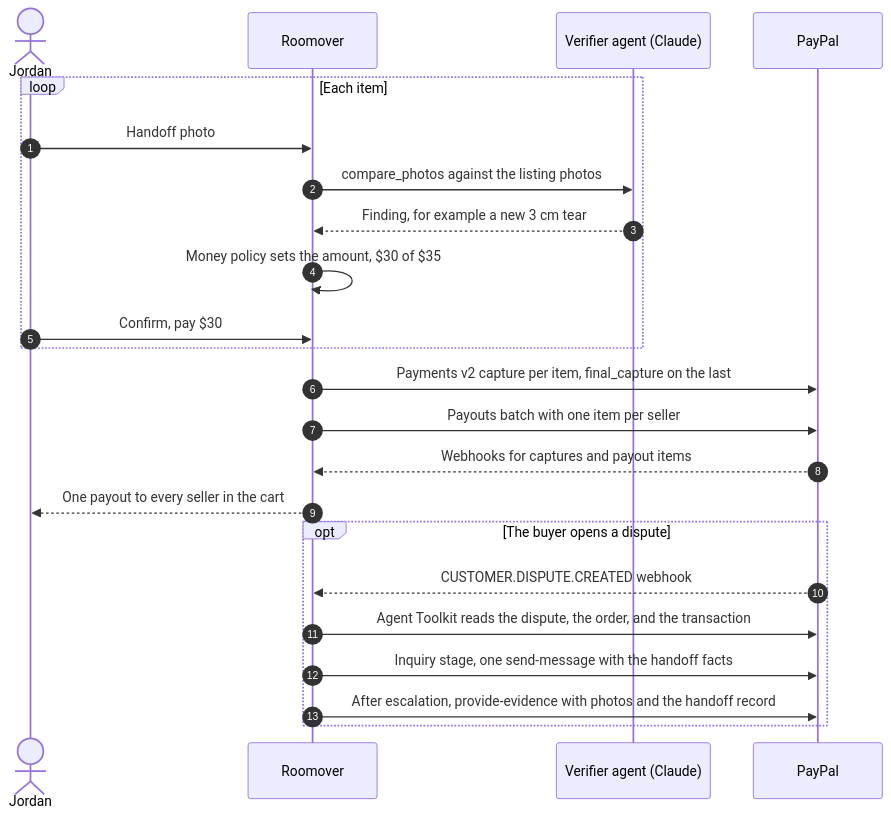
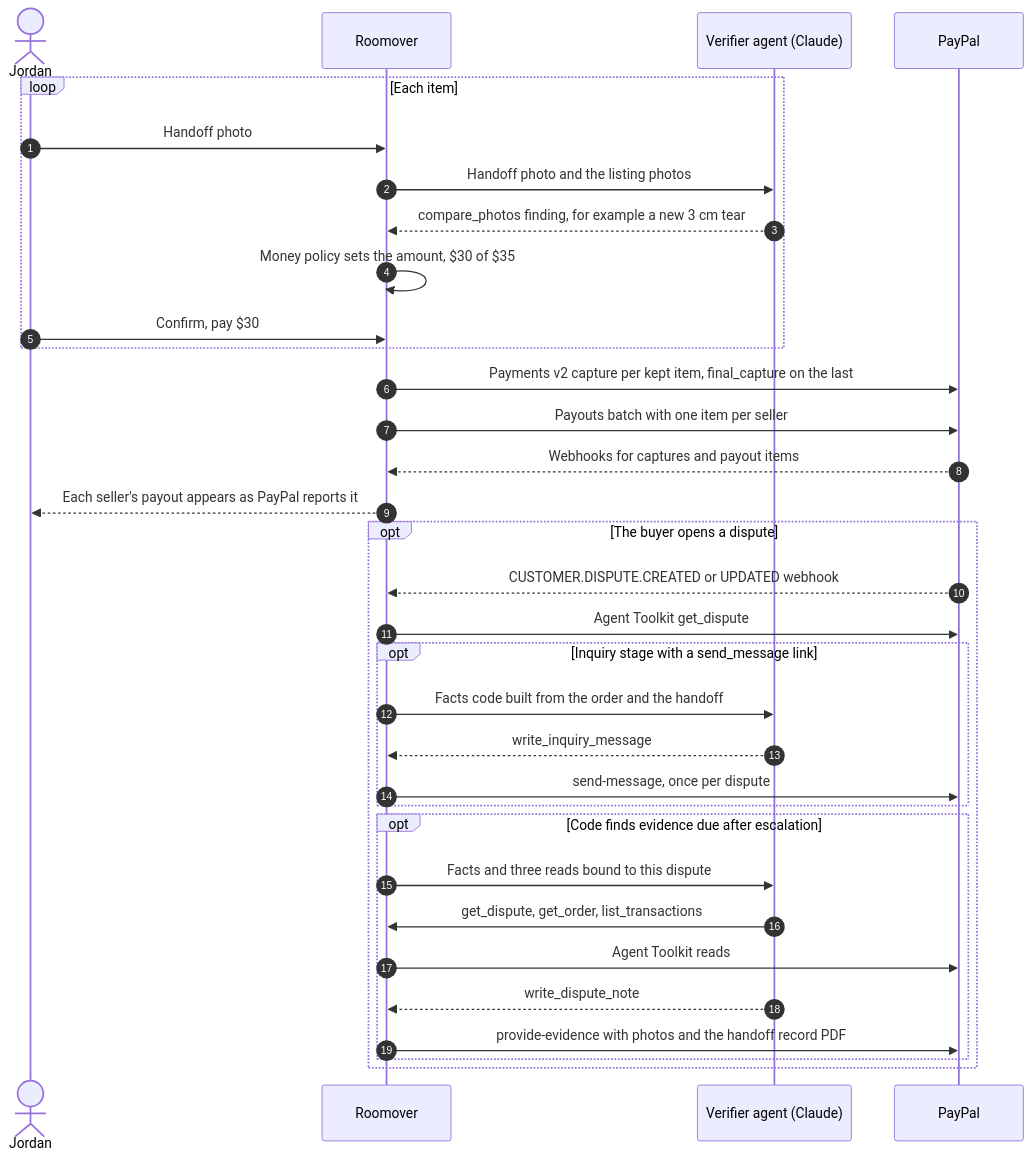
One commit to starJin2003/roomover changed the fourth of 6 diagrams in README.md. Above: the diagram before and after it, drawn with Mermaid. The commit also changed other lines of this file and 2 other files, not shown here.

Commit message:
Tighten the README and redraw the stack diagram from the code

````diff
--- a/README.md
+++ b/README.md
@@ -120,25 +129,35 @@
 ```mermaid
 sequenceDiagram
     autonumber
     actor J as Jordan
     participant R as Roomover
     participant V as Verifier agent (Claude)
     participant P as PayPal
     loop Each item
         J->>R: Handoff photo
-        R->>V: compare_photos against the listing photos
-        V-->>R: Finding, for example a new 3 cm tear
+        R->>V: Handoff photo and the listing photos
+        V-->>R: compare_photos finding, for example a new 3 cm tear
         R->>R: Money policy sets the amount, $30 of $35
         J->>R: Confirm, pay $30
     end
-    R->>P: Payments v2 capture per item, final_capture on the last
+    R->>P: Payments v2 capture per kept item, final_capture on the last
     R->>P: Payouts batch with one item per seller
     P-->>R: Webhooks for captures and payout items
-    R-->>J: One payout to every seller in the cart
+    R-->>J: Each seller's payout appears as PayPal reports it
     opt The buyer opens a dispute
-        P-->>R: CUSTOMER.DISPUTE.CREATED webhook
-        R->>P: Agent Toolkit reads the dispute, the order, and the transaction
-        R->>P: Inquiry stage, one send-message with the handoff facts
-        R->>P: After escalation, provide-evidence with photos and the handoff record
+        P-->>R: CUSTOMER.DISPUTE.CREATED or UPDATED webhook
+        R->>P: Agent Toolkit get_dispute
+        opt Inquiry stage with a send_message link
+            R->>V: Facts code built from the order and the handoff
+            V-->>R: write_inquiry_message
+            R->>P: send-message, once per dispute
+        end
+        opt Code finds evidence due after escalation
+            R->>V: Facts and three reads bound to this dispute
+            V->>R: get_dispute, get_order, list_transactions
+            R->>P: Agent Toolkit reads
+            V-->>R: write_dispute_note
+            R->>P: provide-evidence with photos and the handoff record PDF
+        end
     end
 ```
````
